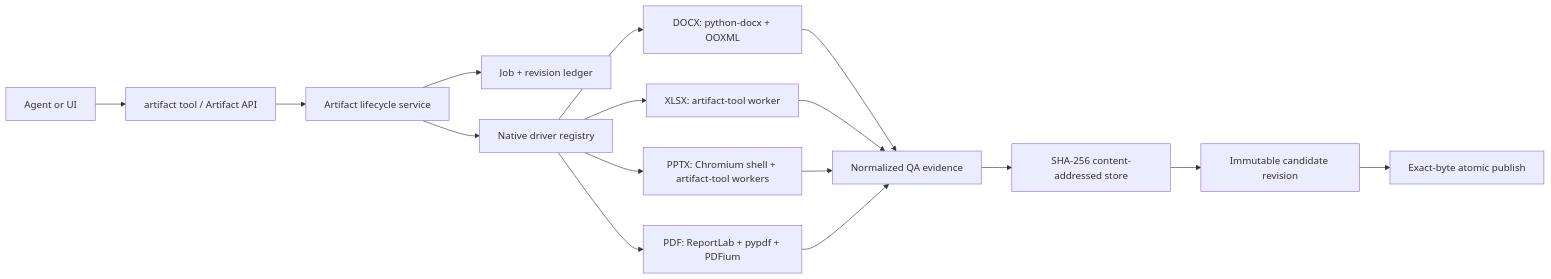
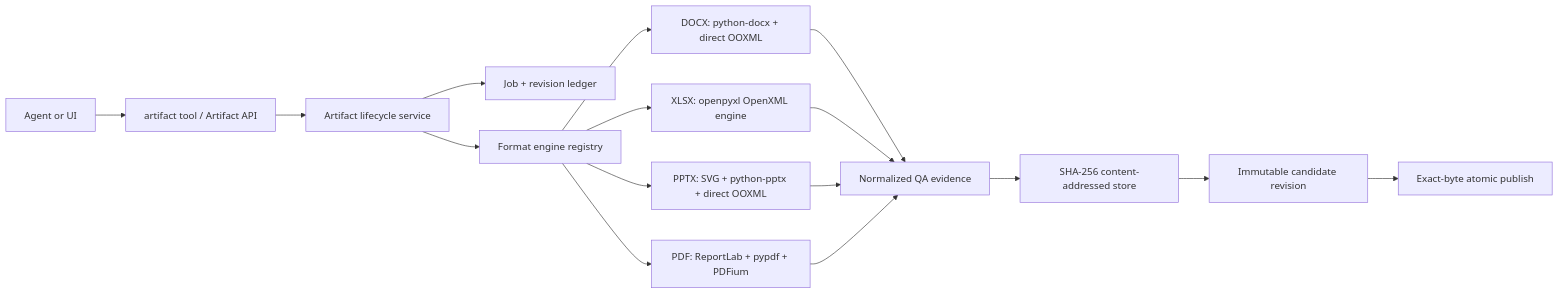
Before and after one commit to evoelsewhere/evoflux: the first of 2 diagrams in documents/architecture/artifact-fabric.md, drawn with Mermaid. The commit also changed other lines of this file and 37 other files, not shown here.

````diff
--- a/documents/architecture/artifact-fabric.md
+++ b/documents/architecture/artifact-fabric.md
@@ -31,18 +30,18 @@
 ```mermaid
 flowchart LR
     A["Agent or UI"] --> T["artifact tool / Artifact API"]
     T --> C["Artifact lifecycle service"]
     C --> J["Job + revision ledger"]
-    C --> R["Native driver registry"]
-    R --> D["DOCX: python-docx + OOXML"]
-    R --> X["XLSX: artifact-tool worker"]
-    R --> P["PPTX: Chromium shell + artifact-tool workers"]
+    C --> R["Format engine registry"]
+    R --> D["DOCX: python-docx + direct OOXML"]
+    R --> X["XLSX: openpyxl OpenXML engine"]
+    R --> P["PPTX: SVG + python-pptx + direct OOXML"]
     R --> F["PDF: ReportLab + pypdf + PDFium"]
     D --> Q["Normalized QA evidence"]
     X --> Q
     P --> Q
     F --> Q
     Q --> S["SHA-256 content-addressed store"]
     S --> V["Immutable candidate revision"]
     V --> B["Exact-byte atomic publish"]
 ```
````
